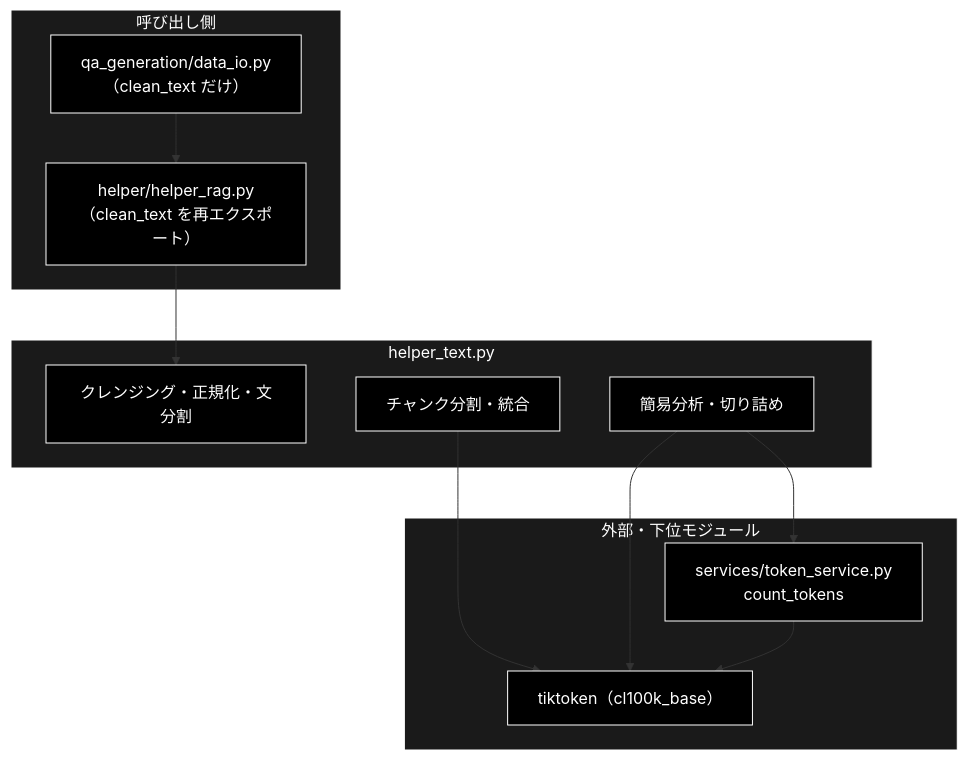
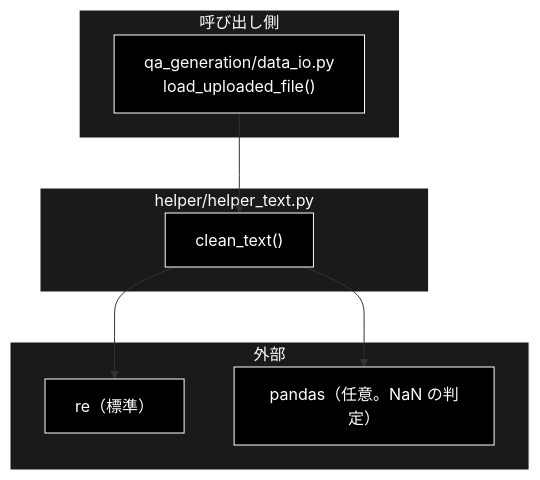
One commit to nakashima2toshio/grace_v2_local changed the first of 3 diagrams in helper/docs/helper_text.md. Above: the diagram before and after it, drawn with Mermaid. The commit also changed other lines of this file and 41 other files, not shown here.

````diff
--- a/helper/docs/helper_text.md
+++ b/helper/docs/helper_text.md
@@ -70,31 +53,22 @@
 ```mermaid
 flowchart TB
     subgraph CALLER["呼び出し側"]
-        DIO["qa_generation/data_io.py<br>（clean_text だけ）"]
-        RAG["helper/helper_rag.py<br>（clean_text を再エクスポート）"]
+        DIO["qa_generation/data_io.py<br>load_uploaded_file()"]
     end
-
-    subgraph MODULE["helper_text.py"]
-        CLEAN["クレンジング・正規化・文分割"]
-        CHUNK["チャンク分割・統合"]
-        ANA["簡易分析・切り詰め"]
+    subgraph MODULE["helper/helper_text.py"]
+        CT["clean_text()"]
     end
-
-    subgraph EXTERNAL["外部・下位モジュール"]
-        TOK["services/token_service.py<br>count_tokens"]
-        TIK["tiktoken（cl100k_base）"]
+    subgraph EXT["外部"]
+        RE["re（標準）"]
+        PD["pandas（任意。NaN の判定）"]
     end
-
-    DIO --> RAG
-    RAG --> CLEAN
-    CHUNK --> TIK
-    ANA --> TOK
-    ANA --> TIK
-    TOK --> TIK
+    DIO --> CT
+    CT --> RE
+    CT --> PD
 classDef default fill:#000,stroke:#fff,color:#fff
 classDef subgraphStyle fill:#1a1a1a,stroke:#fff,color:#fff
-class DIO,RAG,CLEAN,CHUNK,ANA,TOK,TIK default
+class DIO,CT,RE,PD default
 style CALLER fill:#1a1a1a,stroke:#fff,color:#fff
 style MODULE fill:#1a1a1a,stroke:#fff,color:#fff
-style EXTERNAL fill:#1a1a1a,stroke:#fff,color:#fff
+style EXT fill:#1a1a1a,stroke:#fff,color:#fff
 ```
````
